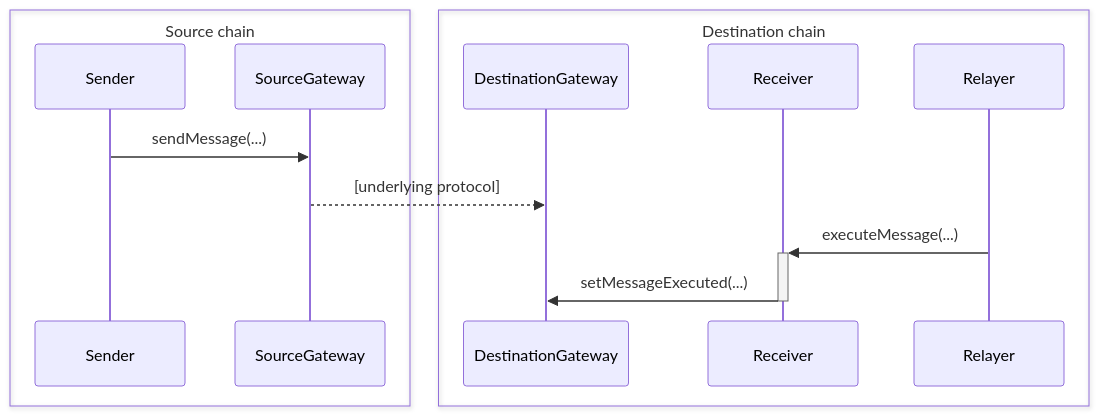
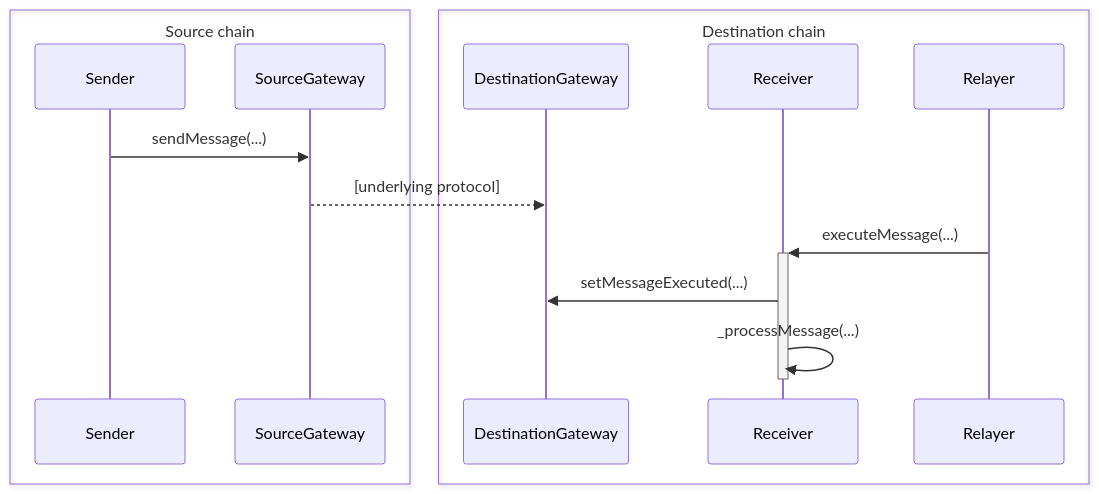
One commit to ethereum/ERCs changed the second of 2 diagrams in ERCS/erc-7786.md. Above: the diagram before and after it, drawn with Mermaid. The commit also changed other lines of this file, not shown here.

Commit message:
add _processMessage

````diff
--- a/ERCS/erc-7786.md
+++ b/ERCS/erc-7786.md
@@ -188,16 +189,17 @@
 ```mermaid
 sequenceDiagram
     box Source chain
     participant Sender
     participant SourceGateway
     end
     box Destination chain
     participant DestinationGateway
     participant Receiver
     participant Relayer
     end
     Sender->>SourceGateway: sendMessage(...)
     SourceGateway-->>DestinationGateway: [underlying protocol]
     Relayer->>+Receiver: executeMessage(...)
-    Receiver->>-DestinationGateway: setMessageExecuted(...)
+    Receiver->>DestinationGateway: setMessageExecuted(...)
+    Receiver->>-Receiver: _processMessage(...)
 ```
````
